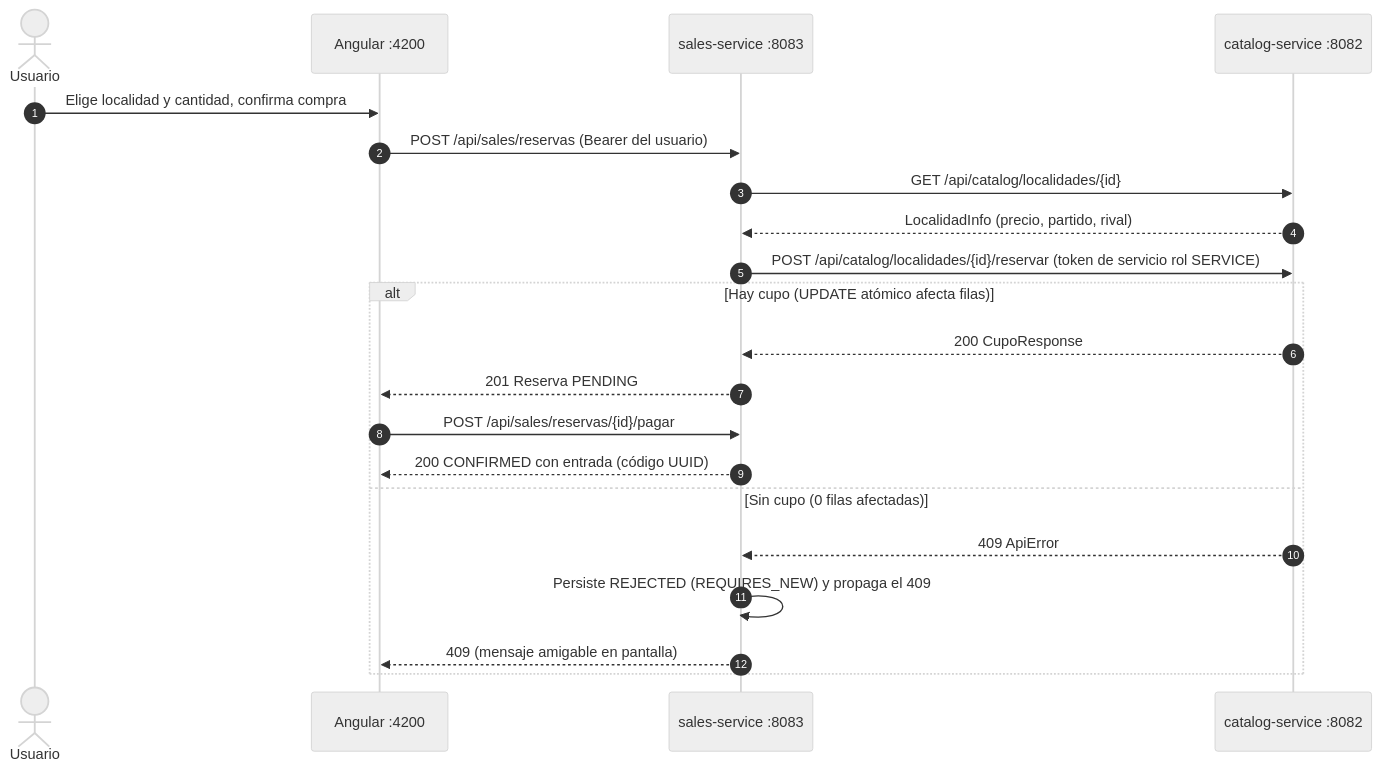
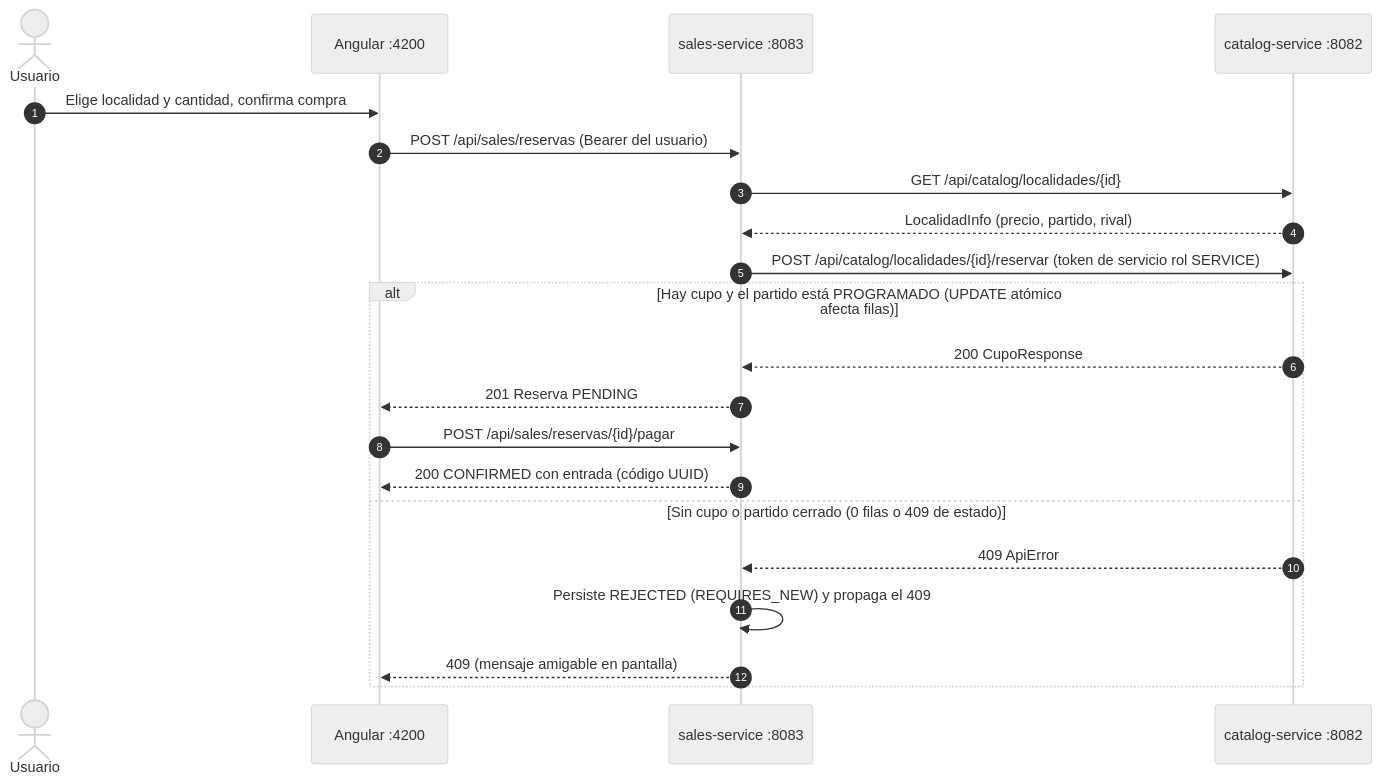
One commit to 10carabal/valle-oro-puro changed the second of 2 diagrams in README.md. Above: the diagram before and after it, drawn with Mermaid (neutral theme). The commit also changed other lines of this file and 1 other file, not shown here.

````diff
--- a/README.md
+++ b/README.md
@@ -454,23 +479,23 @@
 ```mermaid
 sequenceDiagram
     autonumber
     actor U as Usuario
     participant A as Angular :4200
     participant S as sales-service :8083
     participant C as catalog-service :8082
     U->>A: Elige localidad y cantidad, confirma compra
     A->>S: POST /api/sales/reservas (Bearer del usuario)
     S->>C: GET /api/catalog/localidades/{id}
     C-->>S: LocalidadInfo (precio, partido, rival)
     S->>C: POST /api/catalog/localidades/{id}/reservar (token de servicio rol SERVICE)
-    alt Hay cupo (UPDATE atómico afecta filas)
+    alt Hay cupo y el partido está PROGRAMADO (UPDATE atómico afecta filas)
         C-->>S: 200 CupoResponse
         S-->>A: 201 Reserva PENDING
         A->>S: POST /api/sales/reservas/{id}/pagar
         S-->>A: 200 CONFIRMED con entrada (código UUID)
-    else Sin cupo (0 filas afectadas)
+    else Sin cupo o partido cerrado (0 filas o 409 de estado)
         C-->>S: 409 ApiError
         S->>S: Persiste REJECTED (REQUIRES_NEW) y propaga el 409
         S-->>A: 409 (mensaje amigable en pantalla)
     end
 ```
````
